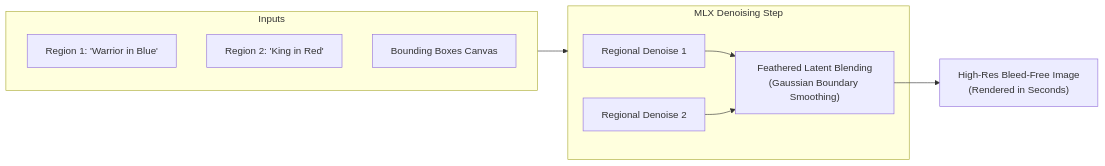
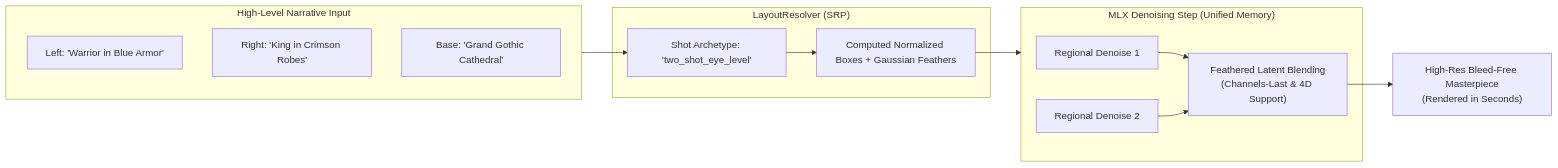
Before and after one commit to ravikumar22/mlx-spatial-diffusion: the diagram in README.md, drawn with Mermaid. The commit also changed other lines of this file and 20 other files, not shown here.

````diff
--- a/README.md
+++ b/README.md
@@ -38,19 +44,24 @@
 ```mermaid
 flowchart LR
-    subgraph Inputs
-        P1["Region 1: 'Warrior in Blue'"]
-        P2["Region 2: 'King in Red'"]
-        Canvas["Bounding Boxes Canvas"]
+    subgraph Inputs["High-Level Narrative Input"]
+        P1["Left: 'Warrior in Blue Armor'"]
+        P2["Right: 'King in Crimson Robes'"]
+        Base["Base: 'Grand Gothic Cathedral'"]
     end
 
-    subgraph LatentSlicing["MLX Denoising Step"]
+    subgraph Resolver["LayoutResolver (SRP)"]
+        Archetype["Shot Archetype: 'two_shot_eye_level'"]
+        Boxes["Computed Normalized Boxes + Gaussian Feathers"]
+    end
+
+    subgraph MLXDenoise["MLX Denoising Step (Unified Memory)"]
         D1["Regional Denoise 1"]
         D2["Regional Denoise 2"]
-        Blend["Feathered Latent Blending\n(Gaussian Boundary Smoothing)"]
+        Blend["Feathered Latent Blending\n(Channels-Last & 4D Support)"]
     end
 
-    Inputs --> LatentSlicing
+    Inputs --> Archetype --> Boxes --> MLXDenoise
     D1 --> Blend
     D2 --> Blend
-    Blend --> Output["High-Res Bleed-Free Image\n(Rendered in Seconds)"]
+    Blend --> Output["High-Res Bleed-Free Masterpiece\n(Rendered in Seconds)"]
 ```
````
